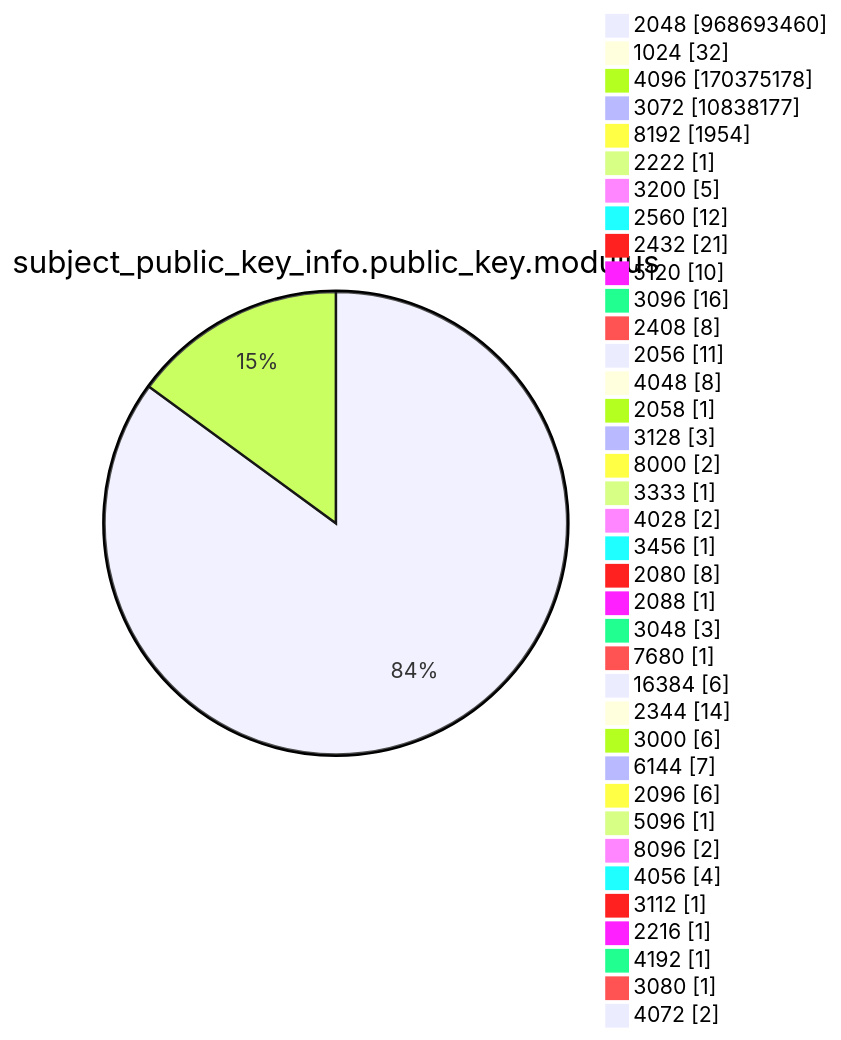
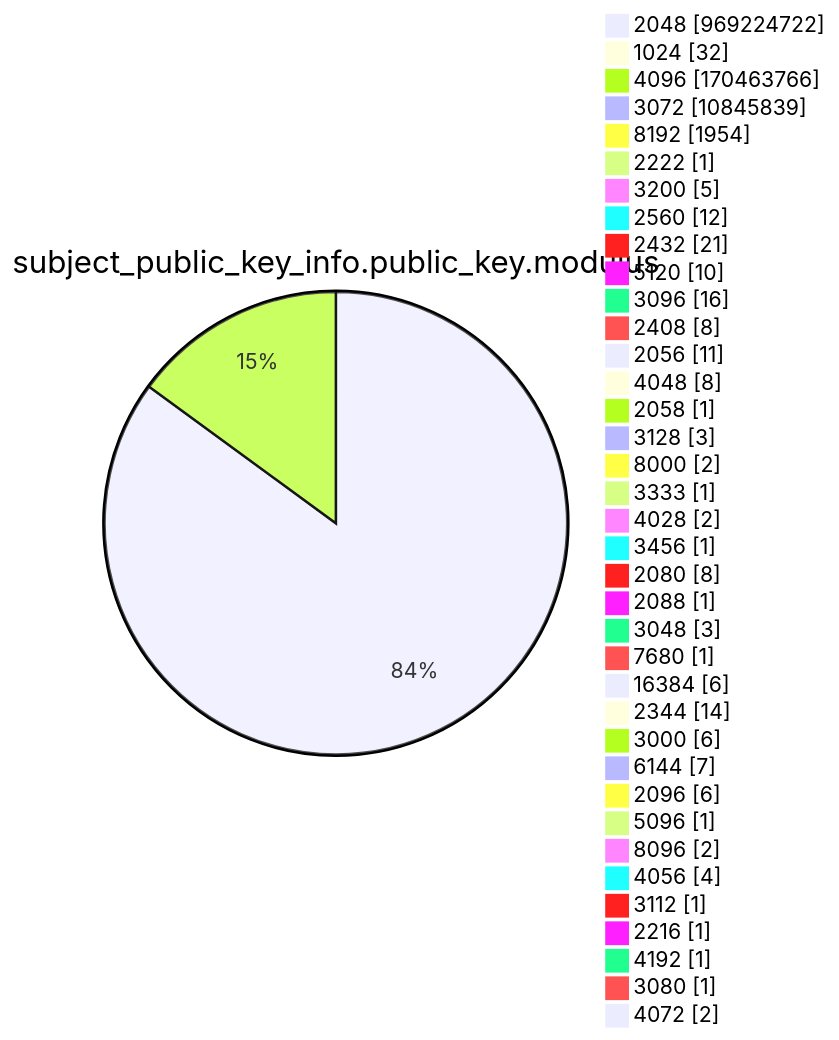
Before and after one commit to christiankrug/ctmonitor_visualization: diagram 13 of 15 in argon2022/README.md, drawn with Mermaid. The commit also changed other lines of this file, not shown here.

````diff
--- a/argon2022/README.md
+++ b/argon2022/README.md
@@ -3587,41 +3587,41 @@
 ```mermaid
 pie showData
 title subject_public_key_info.public_key.modulus
-"2048" :968693460
+"2048" :969224722
 "1024" :32
-"4096" :170375178
-"3072" :10838177
+"4096" :170463766
+"3072" :10845839
 "8192" :1954
 "2222" :1
 "3200" :5
 "2560" :12
 "2432" :21
 "5120" :10
 "3096" :16
 "2408" :8
 "2056" :11
 "4048" :8
 "2058" :1
 "3128" :3
 "8000" :2
 "3333" :1
 "4028" :2
 "3456" :1
 "2080" :8
 "2088" :1
 "3048" :3
 "7680" :1
 "16384" :6
 "2344" :14
 "3000" :6
 "6144" :7
 "2096" :6
 "5096" :1
 "8096" :2
 "4056" :4
 "3112" :1
 "2216" :1
 "4192" :1
 "3080" :1
 "4072" :2
 ```
````
